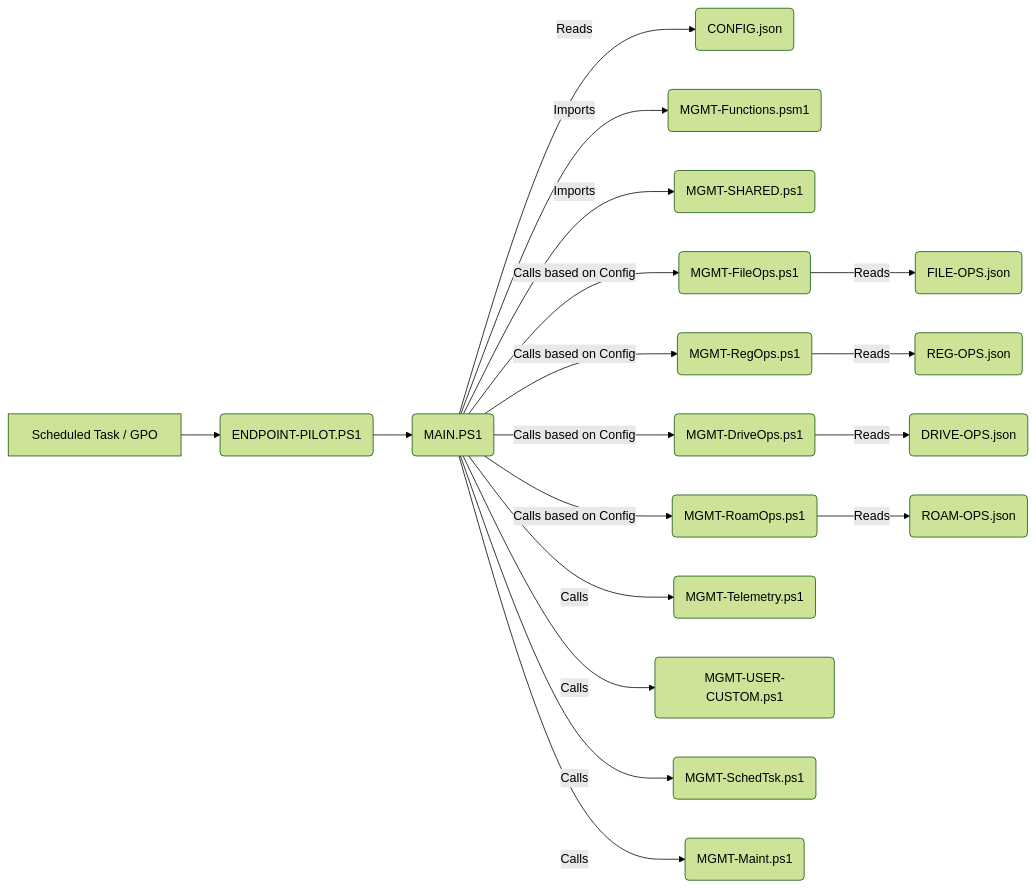
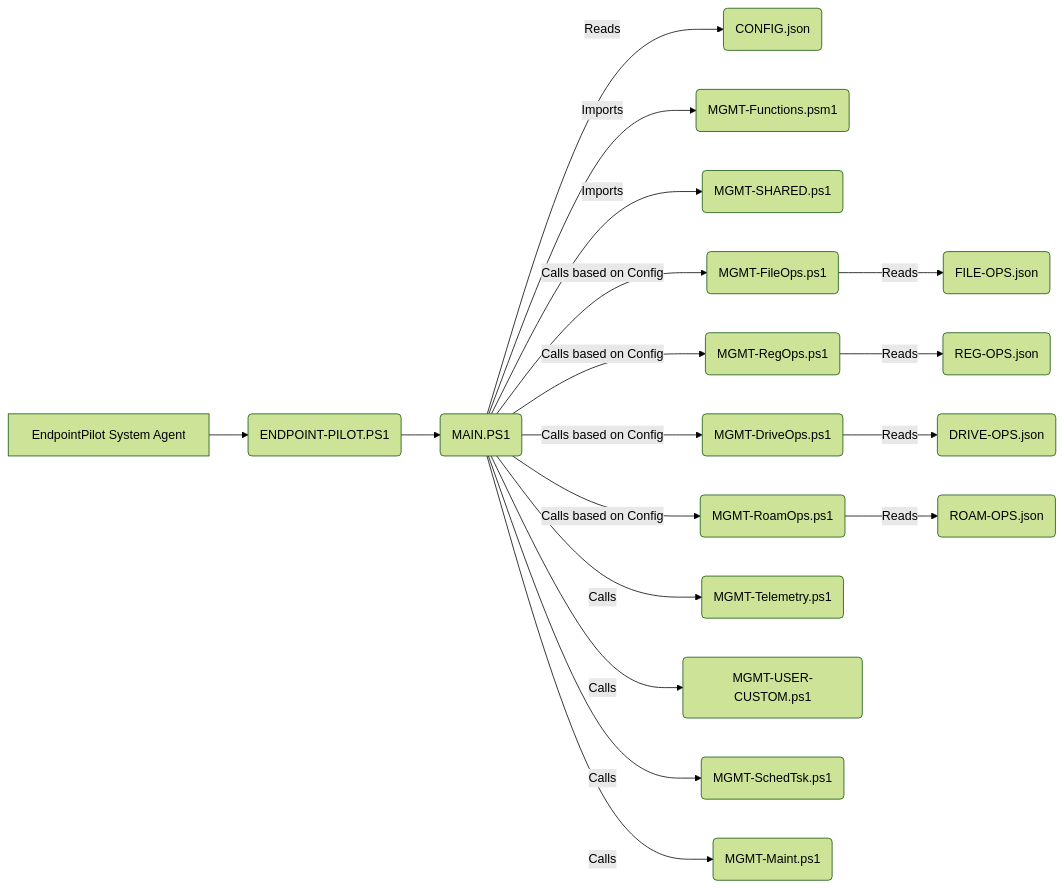
Before and after one commit to J-DubApps/EndpointPilot: the diagram in docs/planningdocs/ProjectPlan.md, drawn with Mermaid (forest theme).

````diff
--- a/docs/planningdocs/ProjectPlan.md
+++ b/docs/planningdocs/ProjectPlan.md
@@ -19,20 +19,20 @@
     ```mermaid
     graph LR
-        A[Scheduled Task / GPO] --> B(ENDPOINT-PILOT.PS1);
+        A[EndpointPilot System Agent] --> B(ENDPOINT-PILOT.PS1);
         B --> C(MAIN.PS1);
         C -- Reads --> D(CONFIG.json);
         C -- Imports --> E(MGMT-Functions.psm1);
         C -- Imports --> F(MGMT-SHARED.ps1);
         C -- Calls based on Config --> G(MGMT-FileOps.ps1);
         C -- Calls based on Config --> H(MGMT-RegOps.ps1);
         C -- Calls based on Config --> I(MGMT-DriveOps.ps1);
         C -- Calls based on Config --> J(MGMT-RoamOps.ps1);
         C -- Calls --> K(MGMT-Telemetry.ps1);
         C -- Calls --> L(MGMT-USER-CUSTOM.ps1);
         C -- Calls --> M(MGMT-SchedTsk.ps1);
         C -- Calls --> N(MGMT-Maint.ps1);
         G -- Reads --> O(FILE-OPS.json);
         H -- Reads --> P(REG-OPS.json);
         I -- Reads --> Q(DRIVE-OPS.json);
         J -- Reads --> R(ROAM-OPS.json);
     ```
````
